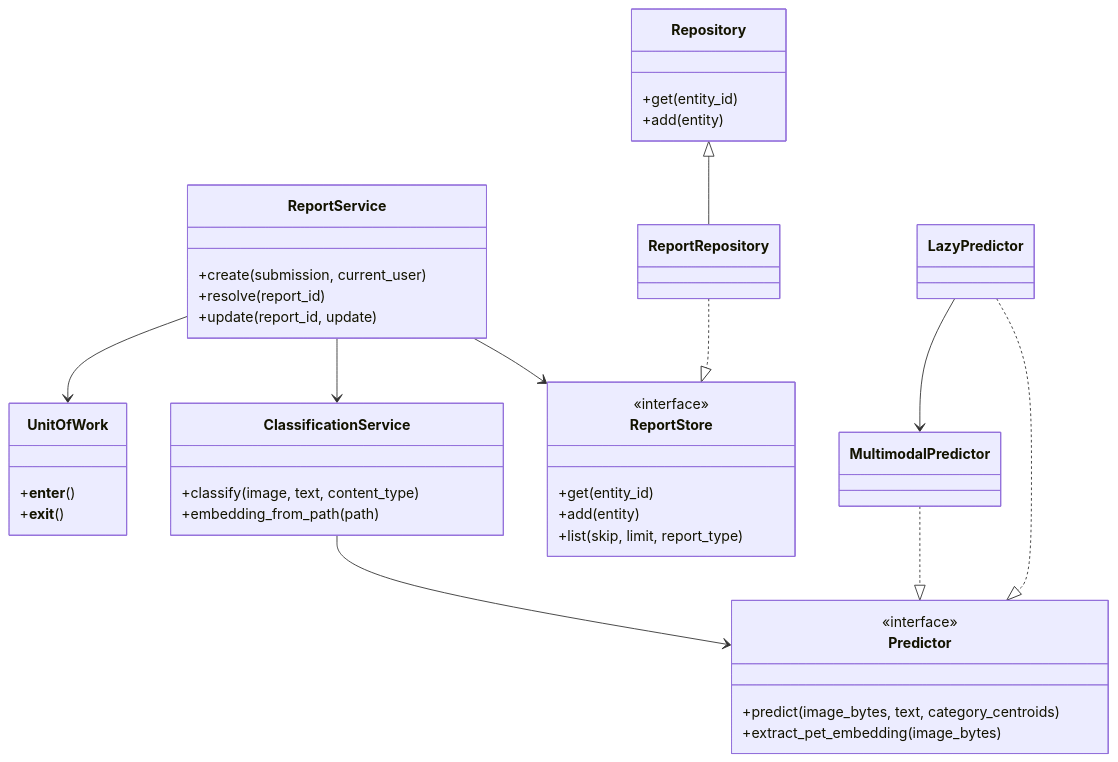
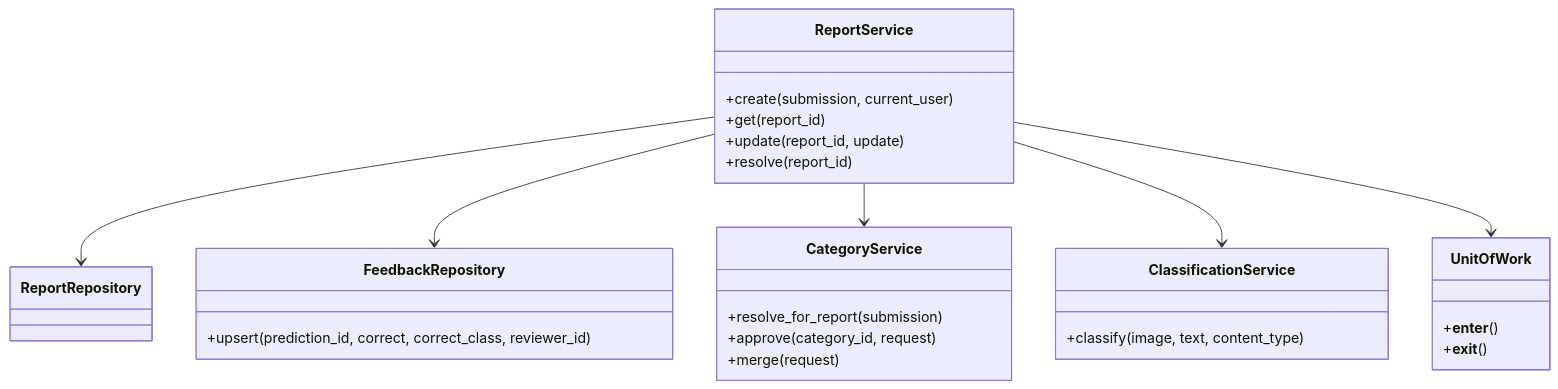
One commit to ValentinFranco08/BolivarReporte changed the second of 2 diagrams in docs/ARQUITECTURA.md. Above: the diagram before and after it, drawn with Mermaid. The commit also changed other lines of this file and 44 other files, not shown here.

````diff
--- a/docs/ARQUITECTURA.md
+++ b/docs/ARQUITECTURA.md
@@ -34,43 +84,30 @@
 ```mermaid
 classDiagram
     class ReportService {
         +create(submission, current_user)
+        +get(report_id)
+        +update(report_id, update)
         +resolve(report_id)
-        +update(report_id, update)
-    }
-    class ReportStore {
-        <<interface>>
-        +get(entity_id)
-        +add(entity)
-        +list(skip, limit, report_type)
     }
     class ReportRepository
-    class Repository {
-        +get(entity_id)
-        +add(entity)
+    class FeedbackRepository {
+        +upsert(prediction_id, correct, correct_class, reviewer_id)
+    }
+    class CategoryService {
+        +resolve_for_report(submission)
+        +approve(category_id, request)
+        +merge(request)
     }
     class ClassificationService {
         +classify(image, text, content_type)
-        +embedding_from_path(path)
     }
-    class Predictor {
-        <<interface>>
-        +predict(image_bytes, text, category_centroids)
-        +extract_pet_embedding(image_bytes)
-    }
-    class LazyPredictor
-    class MultimodalPredictor
     class UnitOfWork {
         +__enter__()
         +__exit__()
     }
-    ReportService --> ReportStore
+    ReportService --> ReportRepository
+    ReportService --> FeedbackRepository
+    ReportService --> CategoryService
     ReportService --> ClassificationService
     ReportService --> UnitOfWork
-    ReportRepository ..|> ReportStore
-    Repository <|-- ReportRepository
-    ClassificationService --> Predictor
-    LazyPredictor ..|> Predictor
-    MultimodalPredictor ..|> Predictor
-    LazyPredictor --> MultimodalPredictor
 ```
````
